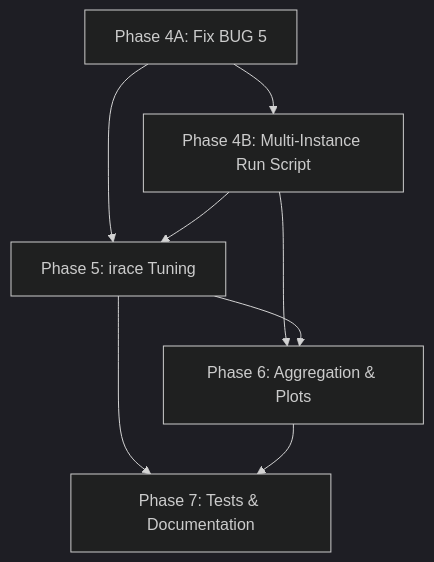
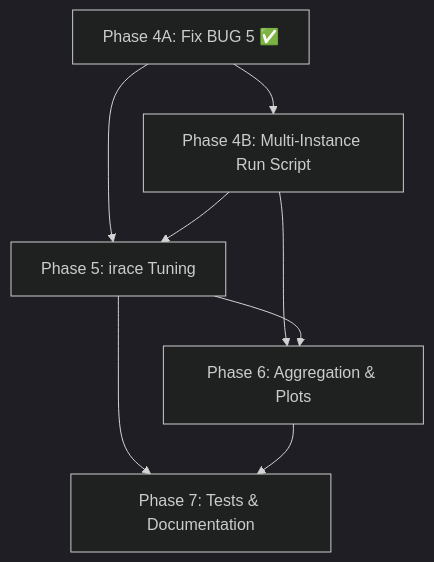
Before and after one commit to luishpmendes/mopop: the diagram in docs/implementation_plan.md, drawn with Mermaid (dark theme). The commit also changed other lines of this file and 20 other files, not shown here.

````diff
--- a/docs/implementation_plan.md
+++ b/docs/implementation_plan.md
@@ -535,10 +525,10 @@
 ```mermaid
 graph TD
-    P4A["Phase 4A: Fix BUG 5"] --> P4B["Phase 4B: Multi-Instance Run Script"]
+    P4A["Phase 4A: Fix BUG 5 ✅"] --> P4B["Phase 4B: Multi-Instance Run Script"]
     P4A --> P5["Phase 5: irace Tuning"]
     P4B --> P5
     P4B --> P6["Phase 6: Aggregation & Plots"]
     P5 --> P6
     P5 --> P7["Phase 7: Tests & Documentation"]
     P6 --> P7
 ```
````
